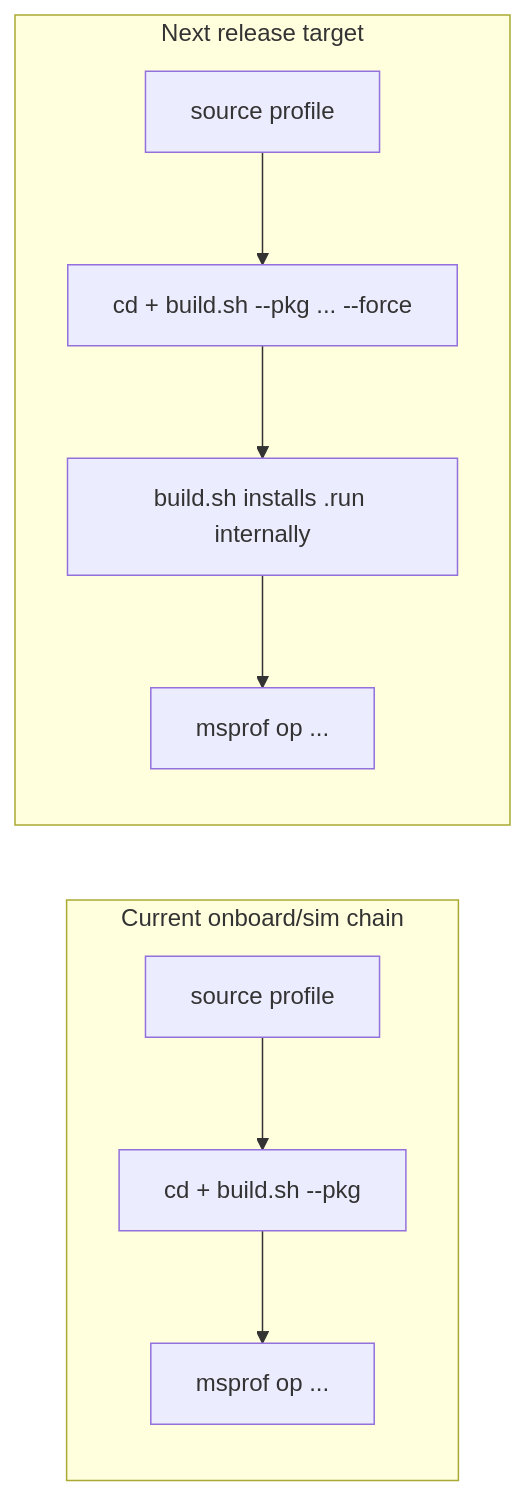
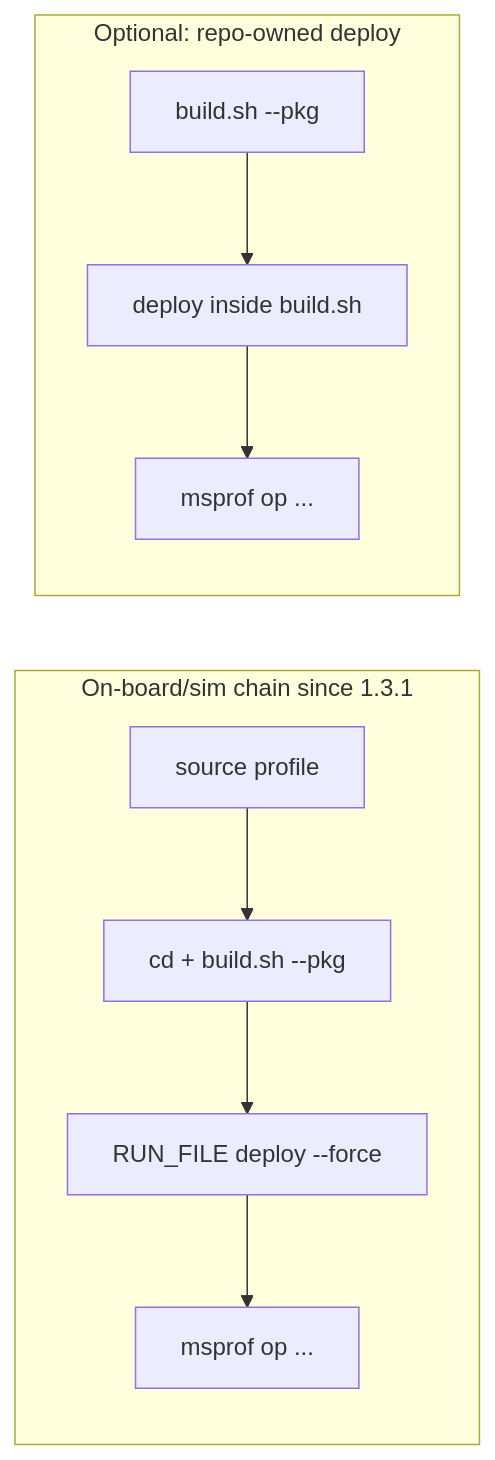
Before and after one commit to IdeFrontend/opdev_plugin: the diagram in docs/user-issues/standard-custom-workflow.md, drawn with Mermaid. The commit also changed other lines of this file and 1 other file, not shown here.

````diff
--- a/docs/user-issues/standard-custom-workflow.md
+++ b/docs/user-issues/standard-custom-workflow.md
@@ -14,12 +14,12 @@
 ```mermaid
 flowchart LR
-  subgraph current [Current onboard/sim chain]
+  subgraph current [On-board/sim chain since 1.3.1]
     A[source profile] --> B[cd + build.sh --pkg]
-    B --> C[msprof op ...]
+    B --> C["RUN_FILE deploy --force"]
+    C --> D[msprof op ...]
   end
-  subgraph expected [Next release target]
-    D[source profile] --> E["cd + build.sh --pkg ... --force"]
-    E --> F["build.sh installs .run internally"]
+  subgraph repo [Optional: repo-owned deploy]
+    E[build.sh --pkg] --> F["deploy inside build.sh"]
     F --> G[msprof op ...]
   end
 ```
````
